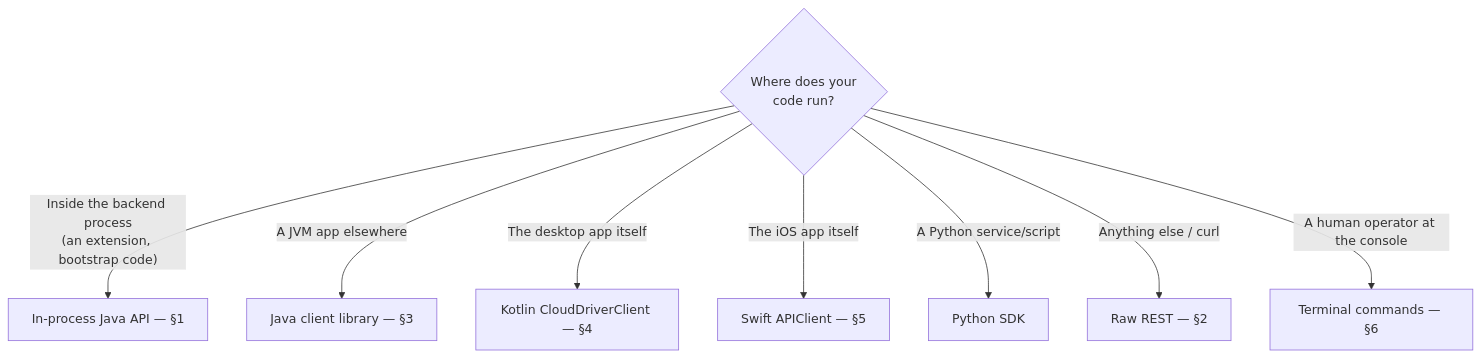
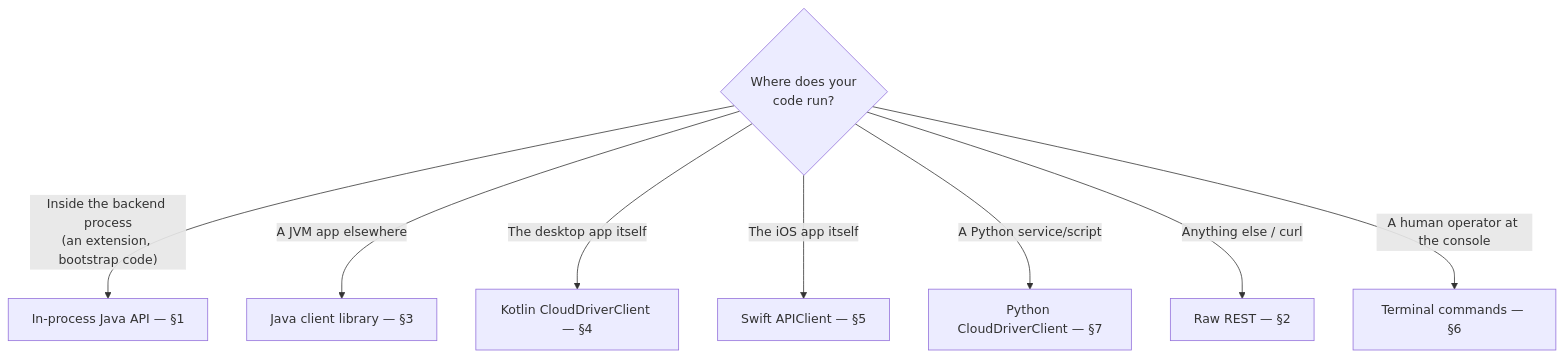
One commit to linoalessio/cloud-driver changed the diagram in docs/api-usage.md. Above: the diagram before and after it, drawn with Mermaid. The commit also changed other lines of this file and 78 other files, not shown here.

Commit message:
Docs: refresh README.md and docs/ against the current code, diagrams include

````diff
--- a/docs/api-usage.md
+++ b/docs/api-usage.md
@@ -11,11 +11,11 @@
 ```mermaid
 flowchart TD
     Q{"Where does your<br/>code run?"}
     Q -->|"Inside the backend process<br/>(an extension, bootstrap code)"| L1["In-process Java API — §1"]
     Q -->|"A JVM app elsewhere"| L3["Java client library — §3"]
     Q -->|"The desktop app itself"| L4["Kotlin CloudDriverClient — §4"]
     Q -->|"The iOS app itself"| L5["Swift APIClient — §5"]
-    Q -->|"A Python service/script"| LP["Python SDK"]
+    Q -->|"A Python service/script"| L7["Python CloudDriverClient — §7"]
     Q -->|"Anything else / curl"| L2["Raw REST — §2"]
     Q -->|"A human operator at the console"| L6["Terminal commands — §6"]
 ```
````
